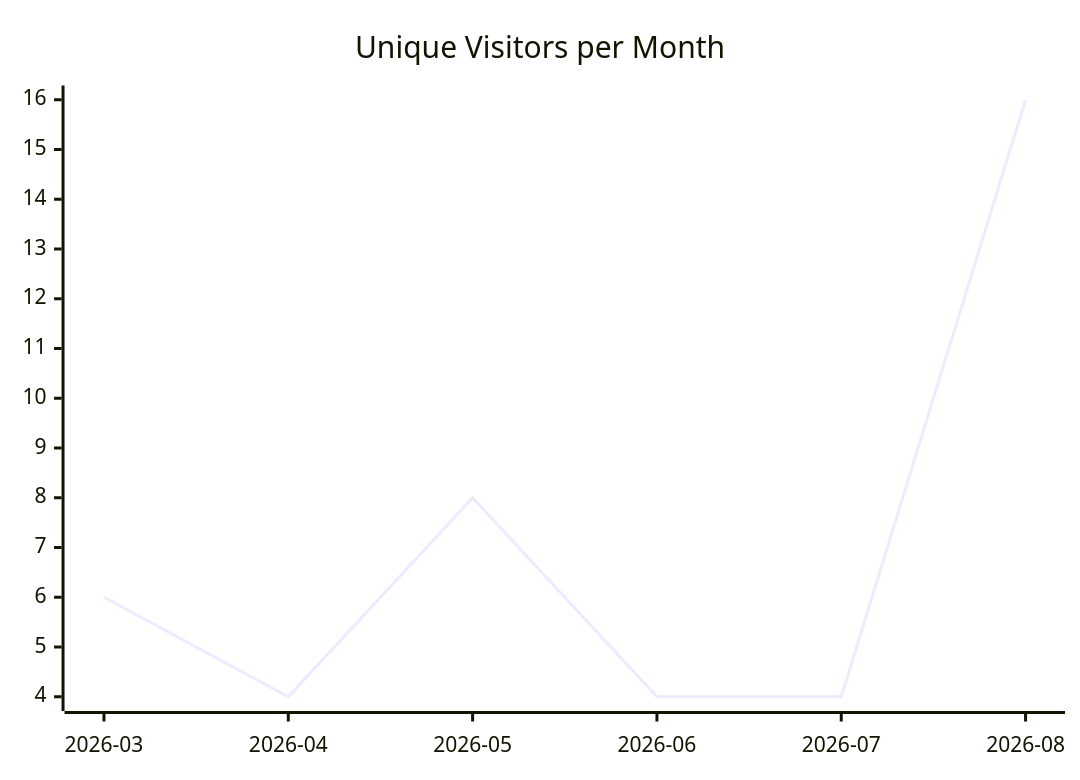
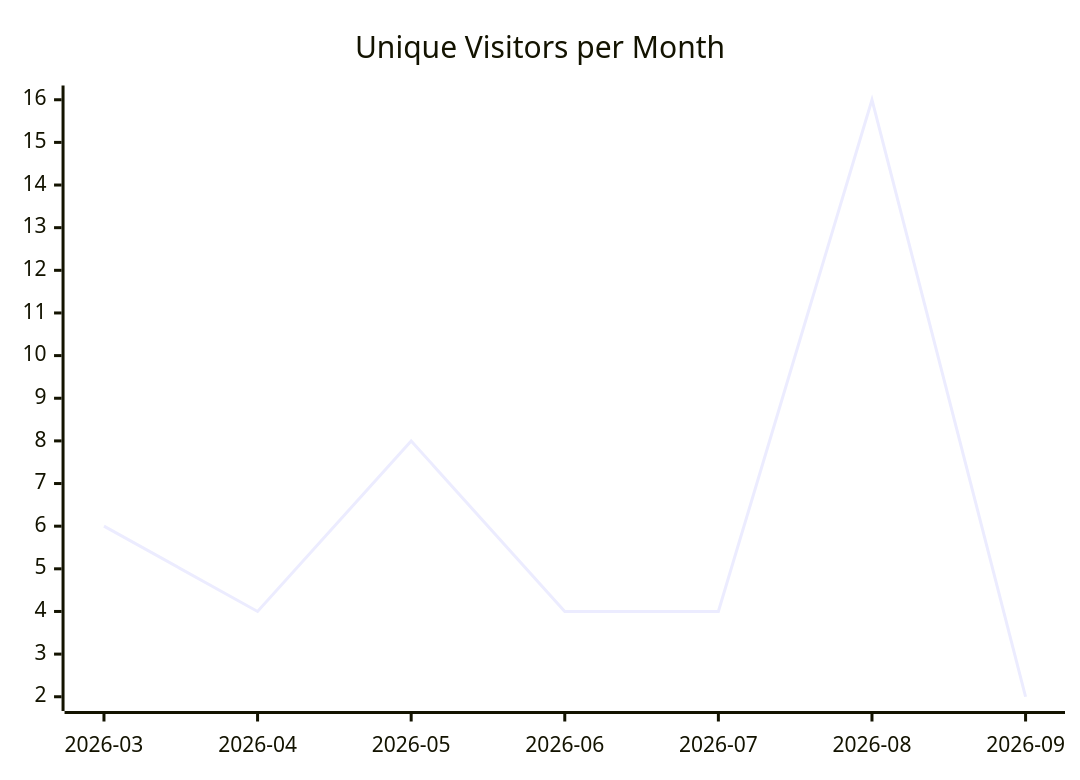
One commit to justdavis-family/github-analytics-data changed the first of 3 diagrams in karlmdavis/xmlpull/README.md. Above: the diagram before and after it, drawn with Mermaid. The commit also changed other lines of this file and 191 other files, not shown here.

````diff
--- a/karlmdavis/xmlpull/README.md
+++ b/karlmdavis/xmlpull/README.md
@@ -5,6 +5,6 @@
 ```mermaid
 xychart-beta
   title "Unique Visitors per Month"
-  x-axis ["2026-03", "2026-04", "2026-05", "2026-06", "2026-07", "2026-08"]
-  line [6, 4, 8, 4, 4, 16]
+  x-axis ["2026-03", "2026-04", "2026-05", "2026-06", "2026-07", "2026-08", "2026-09"]
+  line [6, 4, 8, 4, 4, 16, 2]
 ```
````
